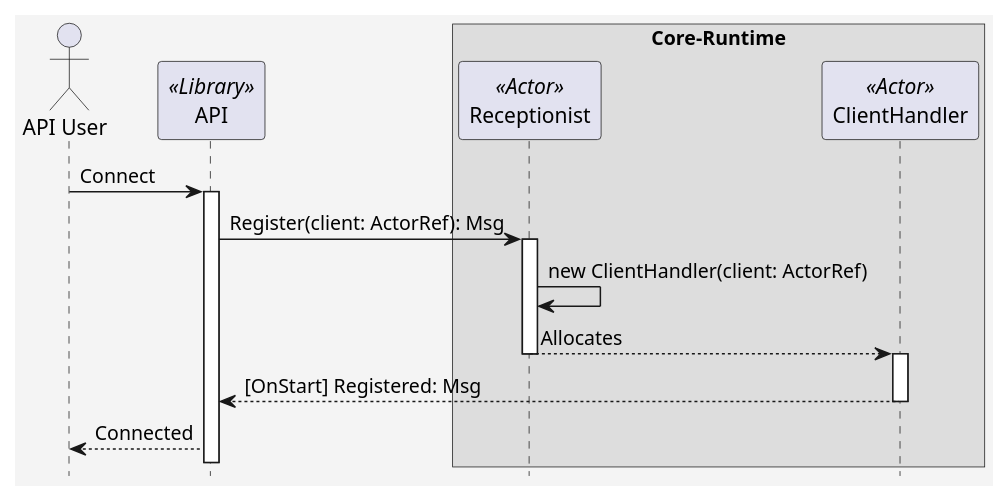
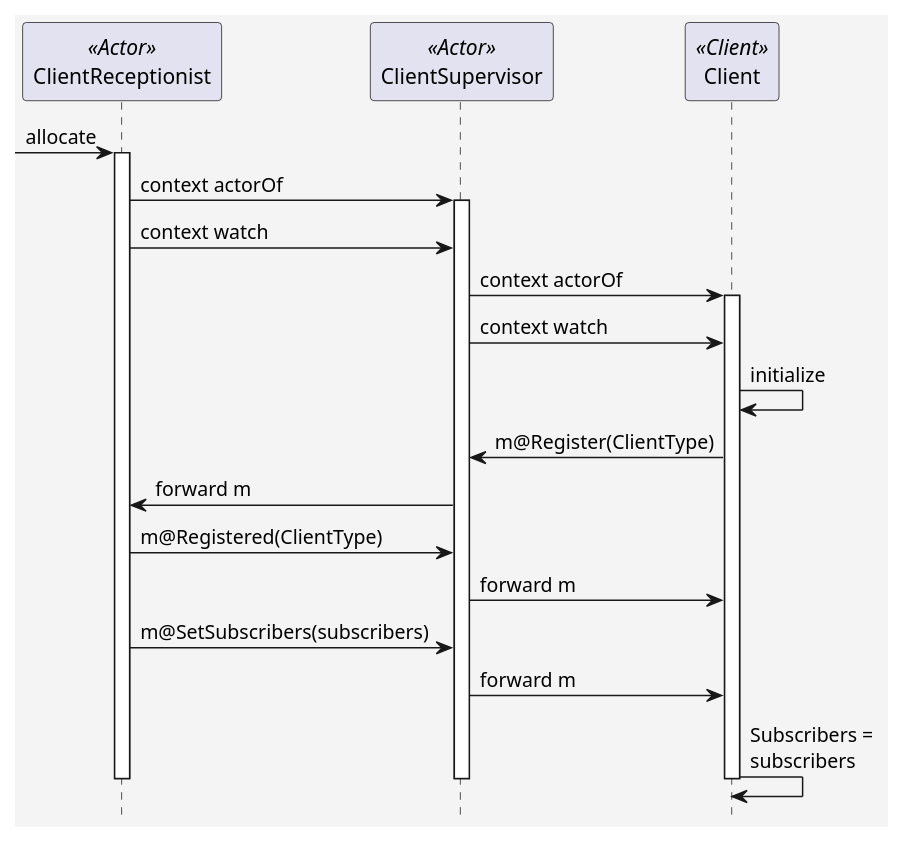
Before and after one commit to bjarkevad/helios: the diagram in diagrams/client-register.puml, drawn with PlantUML. The commit also changed 7 other files, not shown here.

```diff
--- a/diagrams/client-register.puml
+++ b/diagrams/client-register.puml
@@ -1,29 +1,40 @@
 @startuml
 'skin BlueModern
 skinparam backgroundColor #F4F4F4
 hide footbox
 '''''
 
-actor "API User" as User
-participant "API" as Client <<Library>>
 
-box "Core-Runtime"
-    participant Receptionist <<Actor>>
-    participant ClientHandler <<Actor>>
-end box
+participant ClientReceptionist as recep <<Actor>>
+participant ClientSupervisor as super <<Actor>>
 
-User -> Client: Connect
-activate Client
-Client -> Receptionist: Register(client: ActorRef): Msg
+participant "Client" as client <<Client>>
 
-activate Receptionist
-Receptionist -> Receptionist: new ClientHandler(client: ActorRef)
-Receptionist --> ClientHandler: Allocates
-deactivate Receptionist
+-> recep: allocate
+activate recep
+recep -> super: context actorOf
+activate super
+recep -> super: context watch
 
-activate ClientHandler
-ClientHandler --> Client: [OnStart] Registered: Msg
-deactivate ClientHandler
+super -> client: context actorOf
+activate client
+super -> client: context watch
 
-Client --> User: Connected
+client -> client: initialize
+client -> super: m@Register(ClientType)
+super -> recep: forward m
+
+recep -> super: m@Registered(ClientType)
+super -> client: forward m
+
+recep -> super: m@SetSubscribers(subscribers)
+super -> client: forward m
+
+client -> client: Subscribers = \nsubscribers
+
+deactivate recep
+deactivate client
+deactivate super
+
+
 @enduml
```
